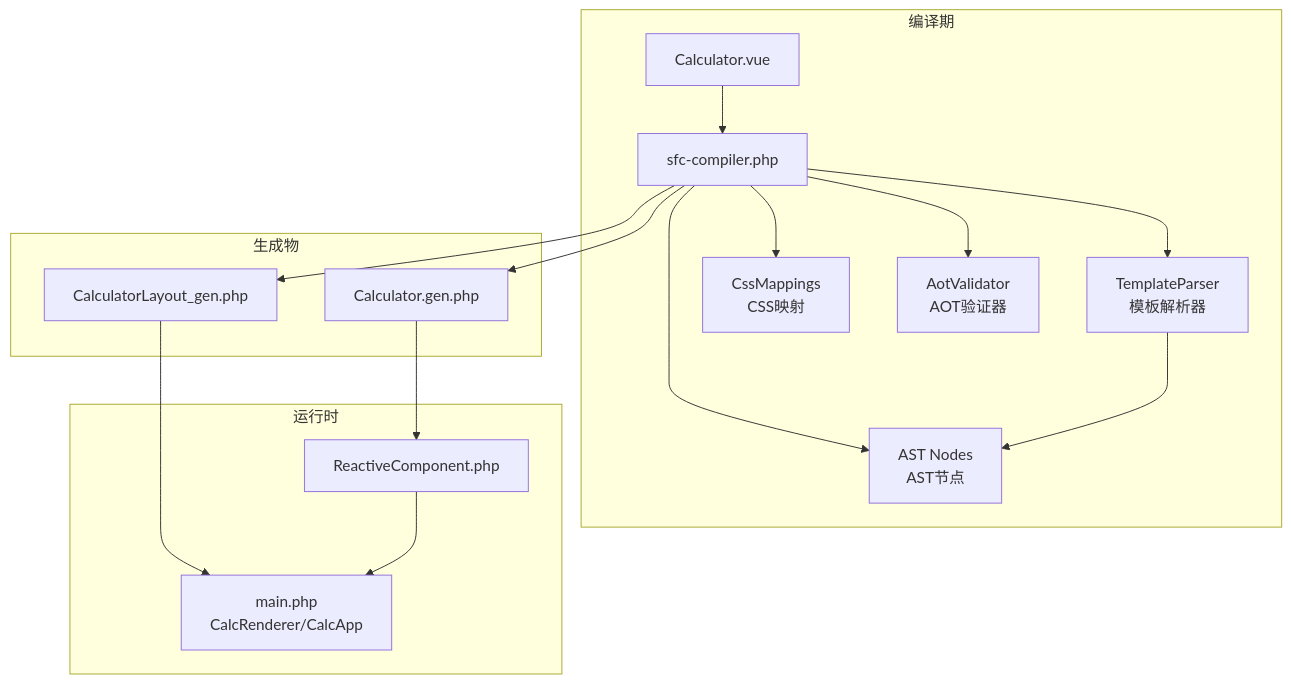
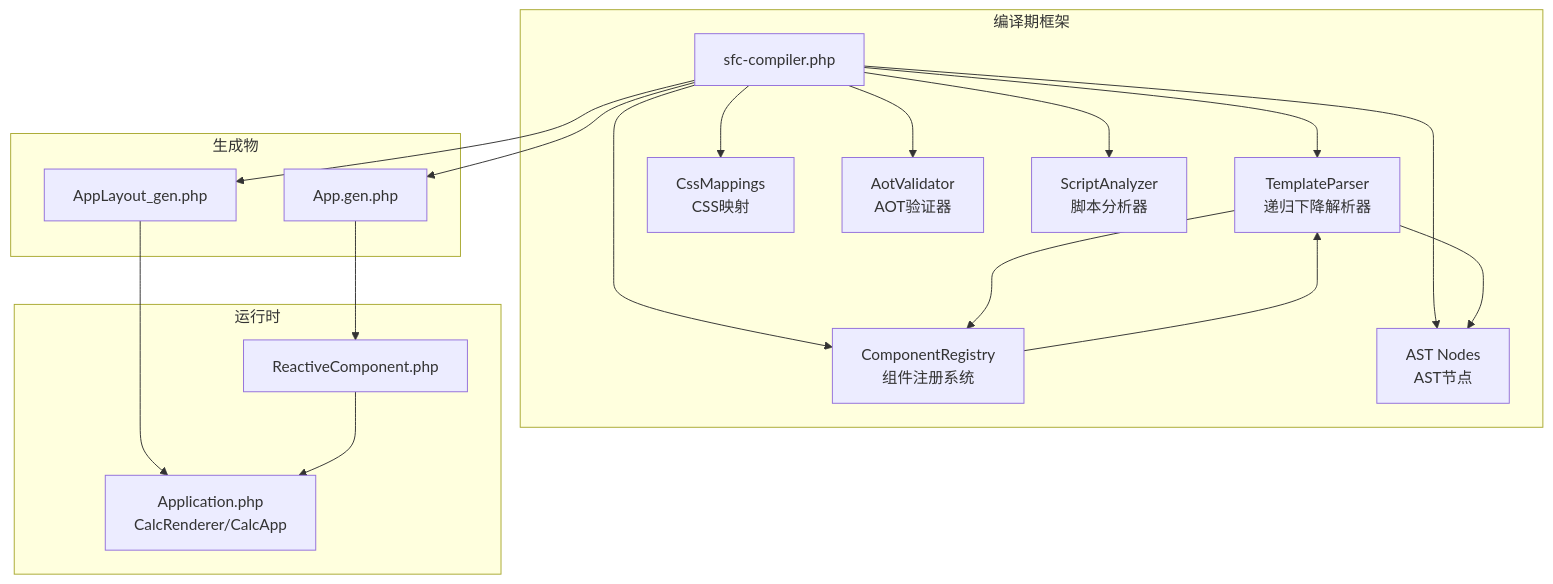
One commit to xingye00186/PHP-Data-UI-Framework-powered-by-swooleAOT changed the first of 12 diagrams in .qoder/repowiki/zh/content/SFC编译器系统/SFC编译器系统.md. Above: the diagram before and after it, drawn with Mermaid. The commit also changed other lines of this file and 7 other files, not shown here.

````diff
--- a/.qoder/repowiki/zh/content/SFC编译器系统/SFC编译器系统.md
+++ b/.qoder/repowiki/zh/content/SFC编译器系统/SFC编译器系统.md
@@ -41,30 +51,34 @@
 ```mermaid
 graph TB
-subgraph "编译期"
-SFC["Calculator.vue"]
-COMP["sfc-compiler.php"]
-TP["TemplateParser<br/>模板解析器"]
+subgraph "编译期框架"
+SFC["sfc-compiler.php"]
+TP["TemplateParser<br/>递归下降解析器"]
+CR["ComponentRegistry<br/>组件注册系统"]
 CM["CssMappings<br/>CSS映射"]
 AV["AotValidator<br/>AOT验证器"]
 AN["AST Nodes<br/>AST节点"]
+SA["ScriptAnalyzer<br/>脚本分析器"]
 end
 subgraph "生成物"
-GEN["Calculator.gen.php"]
-LAYOUT["CalculatorLayout_gen.php"]
+GEN["App.gen.php"]
+LAYOUT["AppLayout_gen.php"]
 end
 subgraph "运行时"
 RC["ReactiveComponent.php"]
-MAIN["main.php<br/>CalcRenderer/CalcApp"]
+APP["Application.php<br/>CalcRenderer/CalcApp"]
 end
-SFC --> COMP
-COMP --> CM
-COMP --> TP
-COMP --> AN
+SFC --> TP
+SFC --> CR
+SFC --> CM
+SFC --> AN
+SFC --> SA
 TP --> AN
-COMP --> AV
-COMP --> GEN
-COMP --> LAYOUT
+TP --> CR
+CR --> TP
+SFC --> AV
+SFC --> GEN
+SFC --> LAYOUT
 GEN --> RC
-LAYOUT --> MAIN
-RC --> MAIN
+LAYOUT --> APP
+RC --> APP
 ```
````
